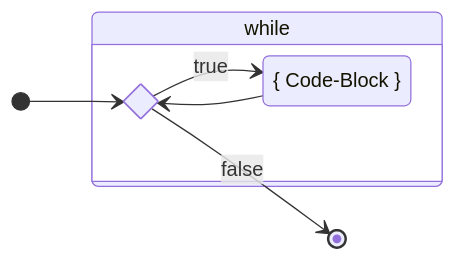
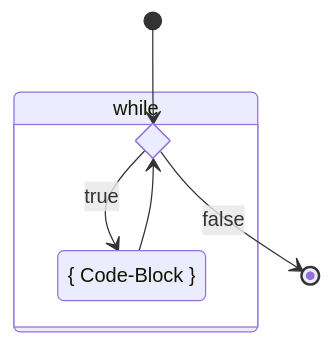
Before and after one commit to codingluke/bbzbl-modul-319: the first of 3 diagrams in slides/schleifen.md, drawn with Mermaid. The commit also changed other lines of this file and 2 other files, not shown here.

````diff
--- a/slides/schleifen.md
+++ b/slides/schleifen.md
@@ -32,12 +41,12 @@
-```mermaid
+```mermaid width=70%
 stateDiagram-v2
-    direction LR
+    direction TB
     state Bedingung <<choice>>
     [*] --> Bedingung
     do: { Code-Block }
     Bedingung --> do: true
     state while {
         do --> Bedingung
     }
     Bedingung --> [*]: false
 ```
````
